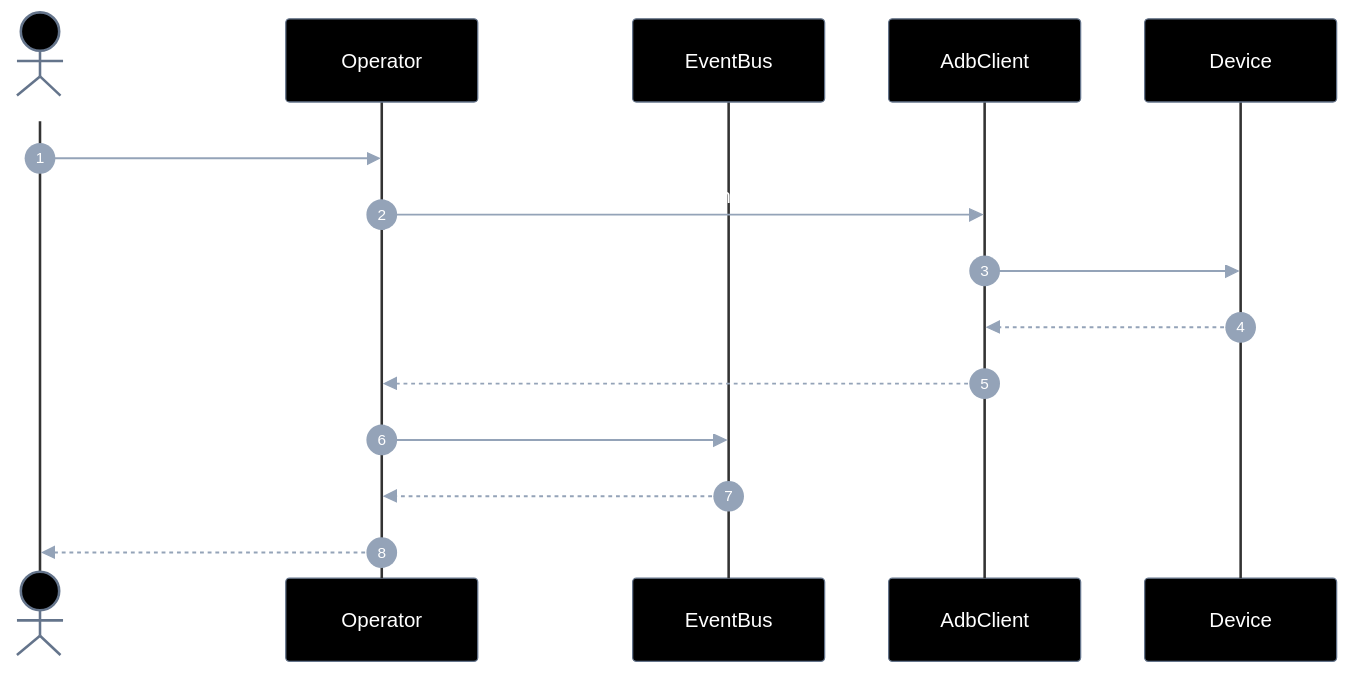
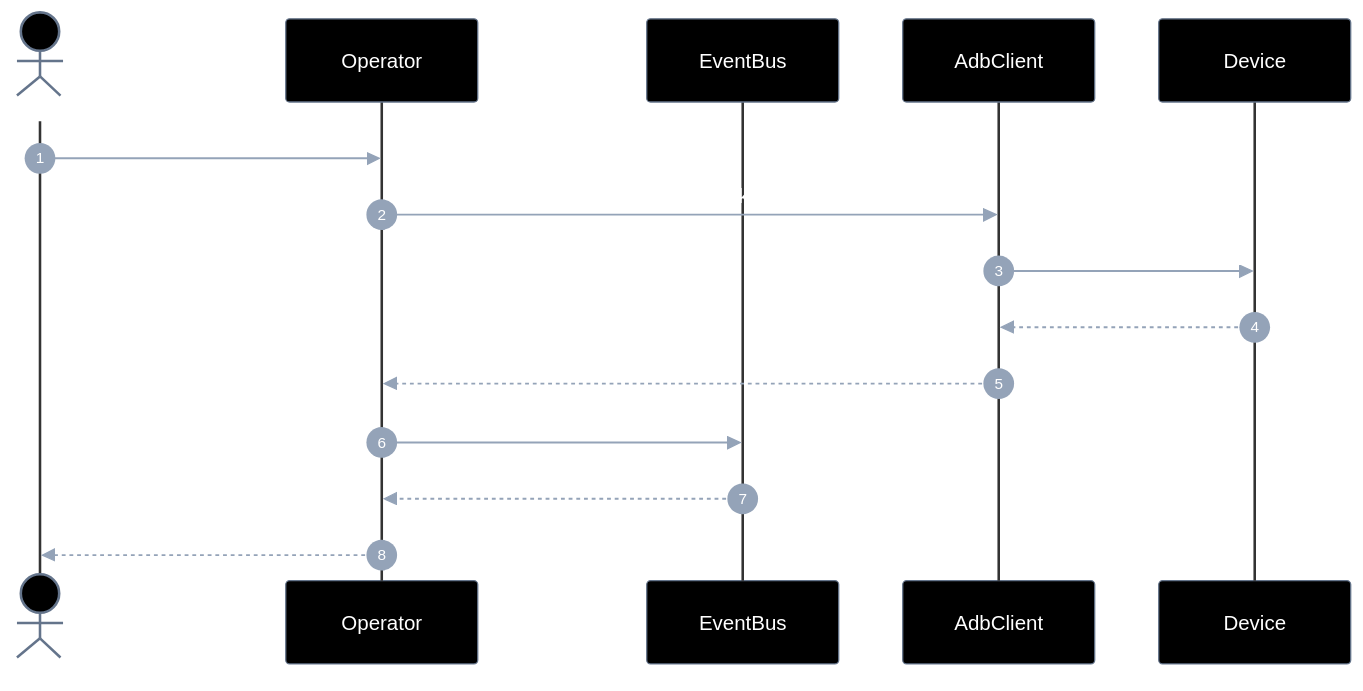
Before and after one commit to laerciogermano/workstation: the first of 7 diagrams in connectmax/screen-robot/implementation-plan/EP-04-operar-tela.md, drawn with Mermaid. The commit also changed other lines of this file and 2 other files, not shown here.

Commit message:
Troca waitFor* por on(evento) nos planos de eventos de UI.

````diff
--- a/connectmax/screen-robot/implementation-plan/EP-04-operar-tela.md
+++ b/connectmax/screen-robot/implementation-plan/EP-04-operar-tela.md
@@ -42,59 +42,59 @@
 ```mermaid
 ---
 config:
   theme: base
   themeVariables:
     darkMode: true
     background: '#000000'
     primaryColor: '#000000'
     primaryTextColor: '#ffffff'
     primaryBorderColor: '#64748b'
     secondaryColor: '#000000'
     secondaryTextColor: '#ffffff'
     secondaryBorderColor: '#64748b'
     tertiaryColor: '#000000'
     tertiaryTextColor: '#ffffff'
     tertiaryBorderColor: '#64748b'
     lineColor: '#64748b'
     textColor: '#ffffff'
     mainBkg: '#000000'
     nodeBorder: '#64748b'
     clusterBkg: '#000000'
     clusterBorder: '#333333'
     titleColor: '#ffffff'
     edgeLabelBackground: '#000000'
     actorBkg: '#000000'
     actorBorder: '#64748b'
     actorTextColor: '#ffffff'
     actorLineColor: '#333333'
     signalColor: '#94a3b8'
     signalTextColor: '#ffffff'
     labelBoxBkgColor: '#000000'
     labelBoxBorderColor: '#64748b'
     labelTextColor: '#ffffff'
     loopTextColor: '#ffffff'
     noteBorderColor: '#64748b'
     noteBkgColor: '#111111'
     noteTextColor: '#ffffff'
     activationBorderColor: '#64748b'
     activationBkgColor: '#1a1a1a'
     sequenceNumberColor: '#ffffff'
     classText: '#ffffff'
 ---
 sequenceDiagram
   autonumber
   actor Dev as Caller
   participant O as Operator
   participant E as EventBus
   participant A as AdbClient
   participant D as Device
 
   Dev->>O: launch(serial, pkg, activity?)
   O->>A: am start / monkey
   A->>D: launch
   D-->>A: started
   A-->>O: ok
-  O->>E: waitForAppForeground(pkg)
+  O->>E: on("app_open", { serial, pkg })
   E-->>O: foreground
   O-->>Dev: ok
 ```
````
